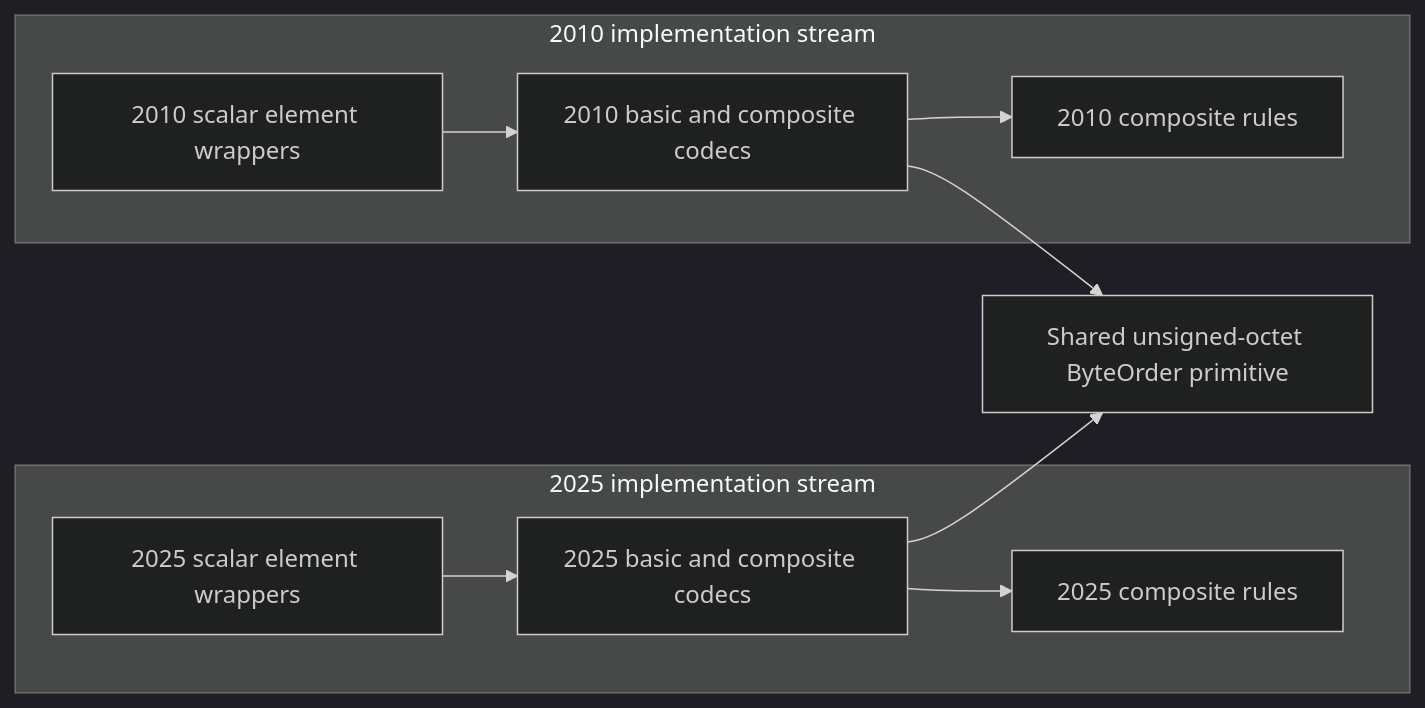
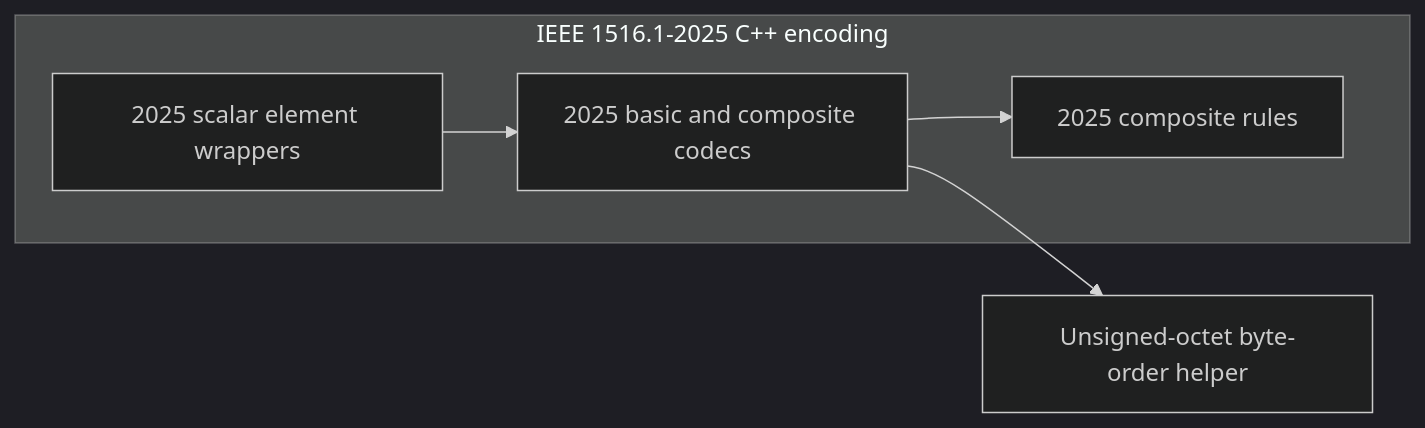
Before and after one commit to sheepfling/umbra: the ninth of 9 diagrams in docs/design/HLA-2025-DATA-ELEMENT-ENCODING-FLOW-GUIDE.md, drawn with Mermaid (dark theme). The commit also changed other lines of this file and 39 other files, not shown here.

Commit message:
Document IEEE 1516.1-2025 behavior flows

````diff
--- a/docs/design/HLA-2025-DATA-ELEMENT-ENCODING-FLOW-GUIDE.md
+++ b/docs/design/HLA-2025-DATA-ELEMENT-ENCODING-FLOW-GUIDE.md
@@ -529,13 +520,8 @@
 ```mermaid
 flowchart LR
-  subgraph E2025[2025 implementation stream]
+  subgraph E2025[IEEE 1516.1-2025 C++ encoding]
     A[2025 scalar element wrappers] --> B[2025 basic and composite codecs]
     B --> C[2025 composite rules]
   end
-  subgraph E2010[2010 implementation stream]
-    D[2010 scalar element wrappers] --> F[2010 basic and composite codecs]
-    F --> G[2010 composite rules]
-  end
-  B --> H[Shared unsigned-octet ByteOrder primitive]
-  F --> H
+  B --> D[Unsigned-octet byte-order helper]
 ```
````
